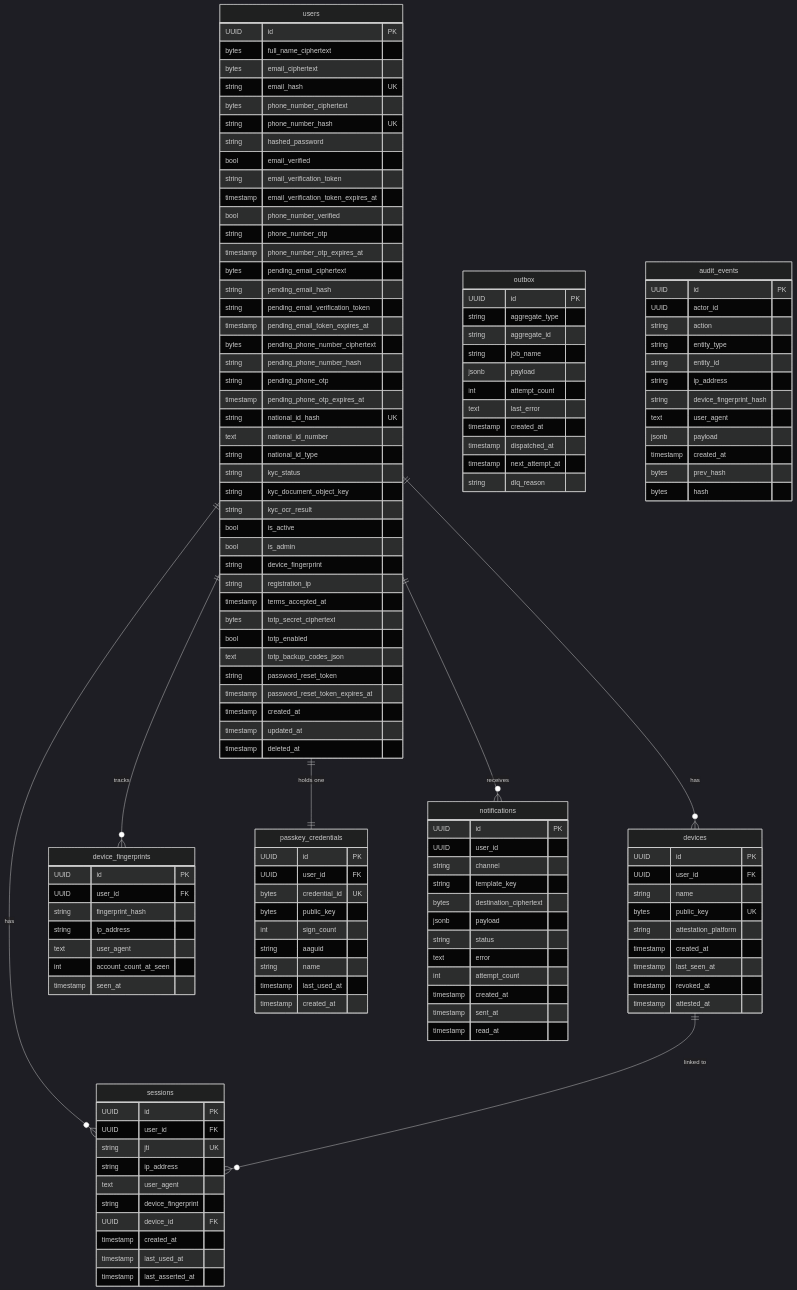
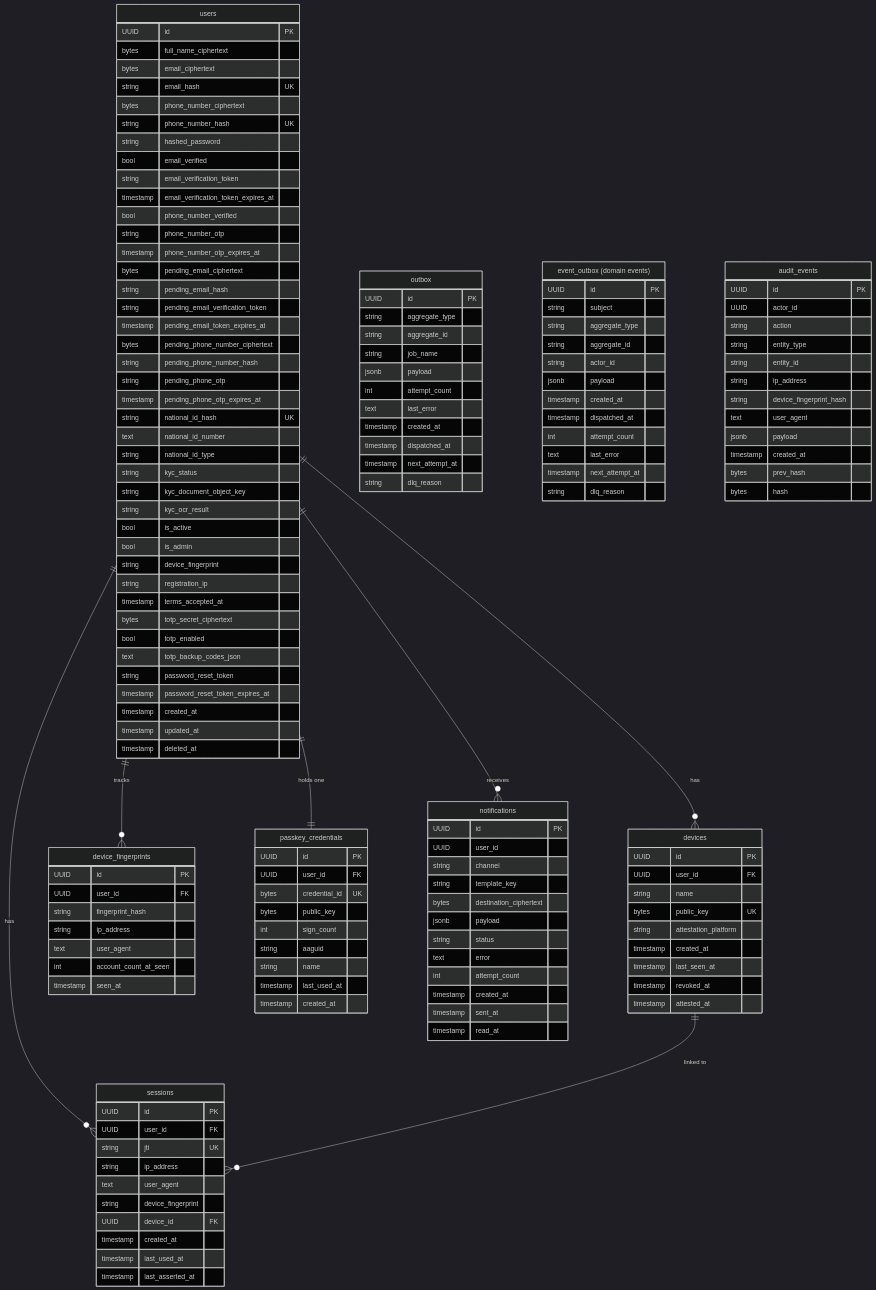
Before and after one commit to cristiangilsanz/qrew: the diagram in docs/architecture/apps/api/services/identity/schema.md, drawn with Mermaid (dark theme). The commit also changed other lines of this file and 102 other files, not shown here.

Commit message:
feat: publish domain events through a transactional outbox and split the stack into networks (#293)

```diff
--- a/docs/architecture/apps/api/services/identity/schema.md
+++ b/docs/architecture/apps/api/services/identity/schema.md
@@ -121,6 +121,21 @@
         string dlq_reason
     }
 
+    event_outbox["event_outbox (domain events)"] {
+        UUID id PK
+        string subject
+        string aggregate_type
+        string aggregate_id
+        string actor_id
+        jsonb payload
+        timestamp created_at
+        timestamp dispatched_at
+        int attempt_count
+        text last_error
+        timestamp next_attempt_at
+        string dlq_reason
+    }
+
     audit_events {
         UUID id PK
         UUID actor_id
```
